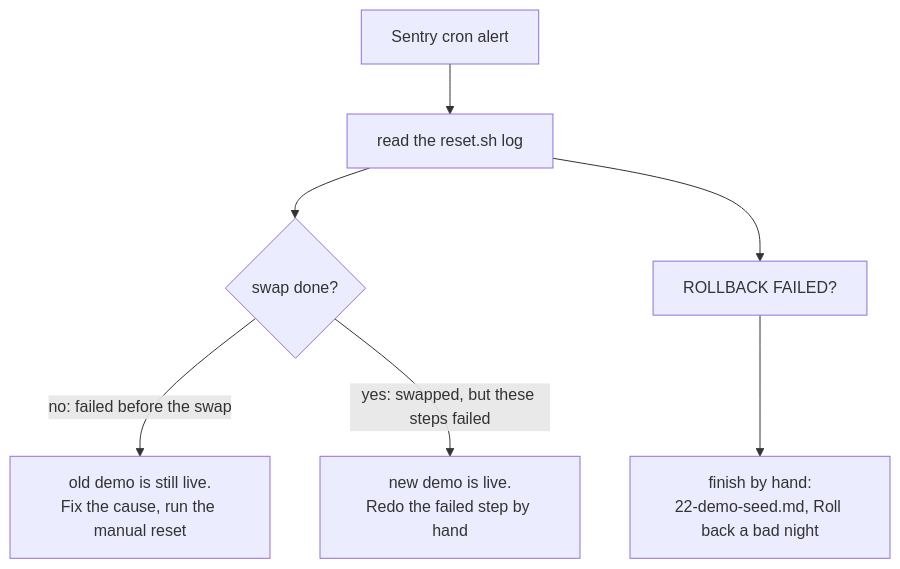
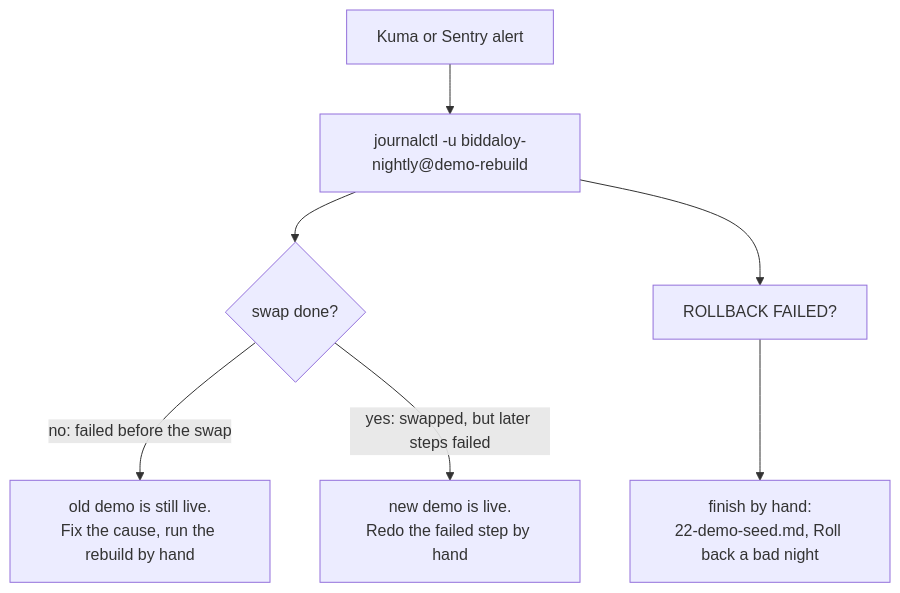
One commit to tareq89/biddaloy changed the seventh of 12 diagrams in docs/architecture/12-operations.md. Above: the diagram before and after it, drawn with Mermaid. The commit also changed other lines of this file and 9 other files, not shown here.

````diff
--- a/docs/architecture/12-operations.md
+++ b/docs/architecture/12-operations.md
@@ -348,8 +405,8 @@
 ```mermaid
 flowchart TD
-  A[Sentry cron alert] --> B["read the reset.sh log"]
+  A[Kuma or Sentry alert] --> B["journalctl -u biddaloy-nightly@demo-rebuild"]
   B --> C{"swap done?"}
-  C -->|"no: failed before the swap"| D["old demo is still live.<br/>Fix the cause, run the manual reset"]
-  C -->|"yes: swapped, but these steps failed"| E["new demo is live.<br/>Redo the failed step by hand"]
+  C -->|"no: failed before the swap"| D["old demo is still live.<br/>Fix the cause, run the rebuild by hand"]
+  C -->|"yes: swapped, but later steps failed"| E["new demo is live.<br/>Redo the failed step by hand"]
   B --> F["ROLLBACK FAILED?"] --> G["finish by hand:<br/>22-demo-seed.md, Roll back a bad night"]
 ```
````
